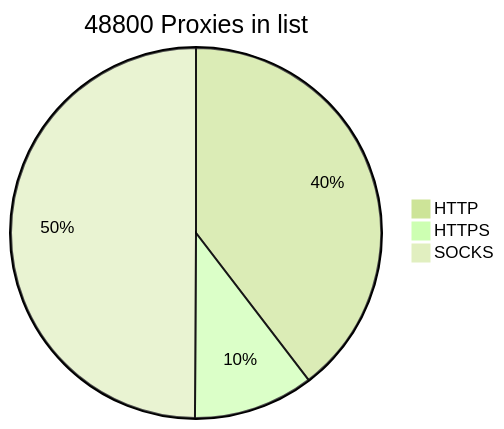
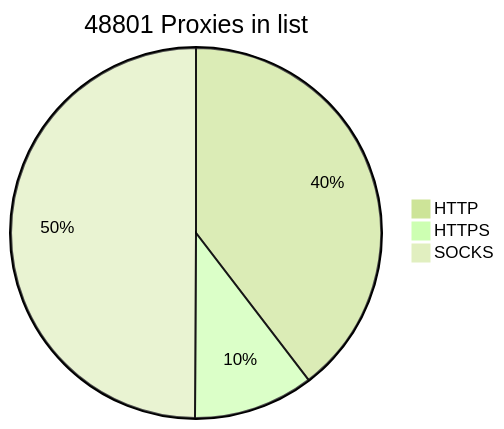
One commit to BlackSnowDot/proxylist-update-every-minute changed the diagram in README.md. Above: the diagram before and after it, drawn with Mermaid (forest theme).

````diff
--- a/README.md
+++ b/README.md
@@ -2,6 +2,6 @@
 ```mermaid
-pie title 48800 Proxies in list
+pie title 48801 Proxies in list
     "HTTP" : 21296
-    "HTTPS": 5643
-    "SOCKS" : 26843
+    "HTTPS": 5642
+    "SOCKS" : 26845
 ```
````
